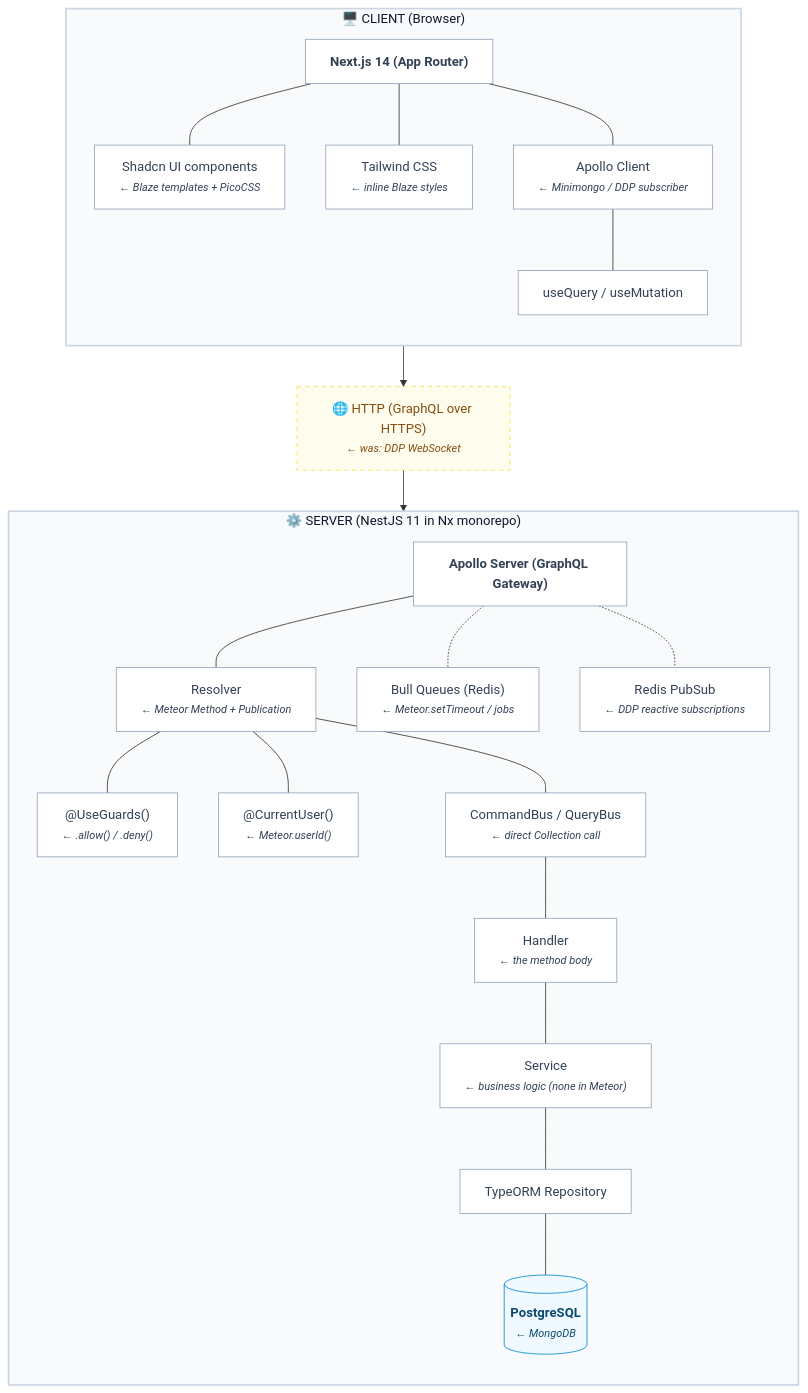
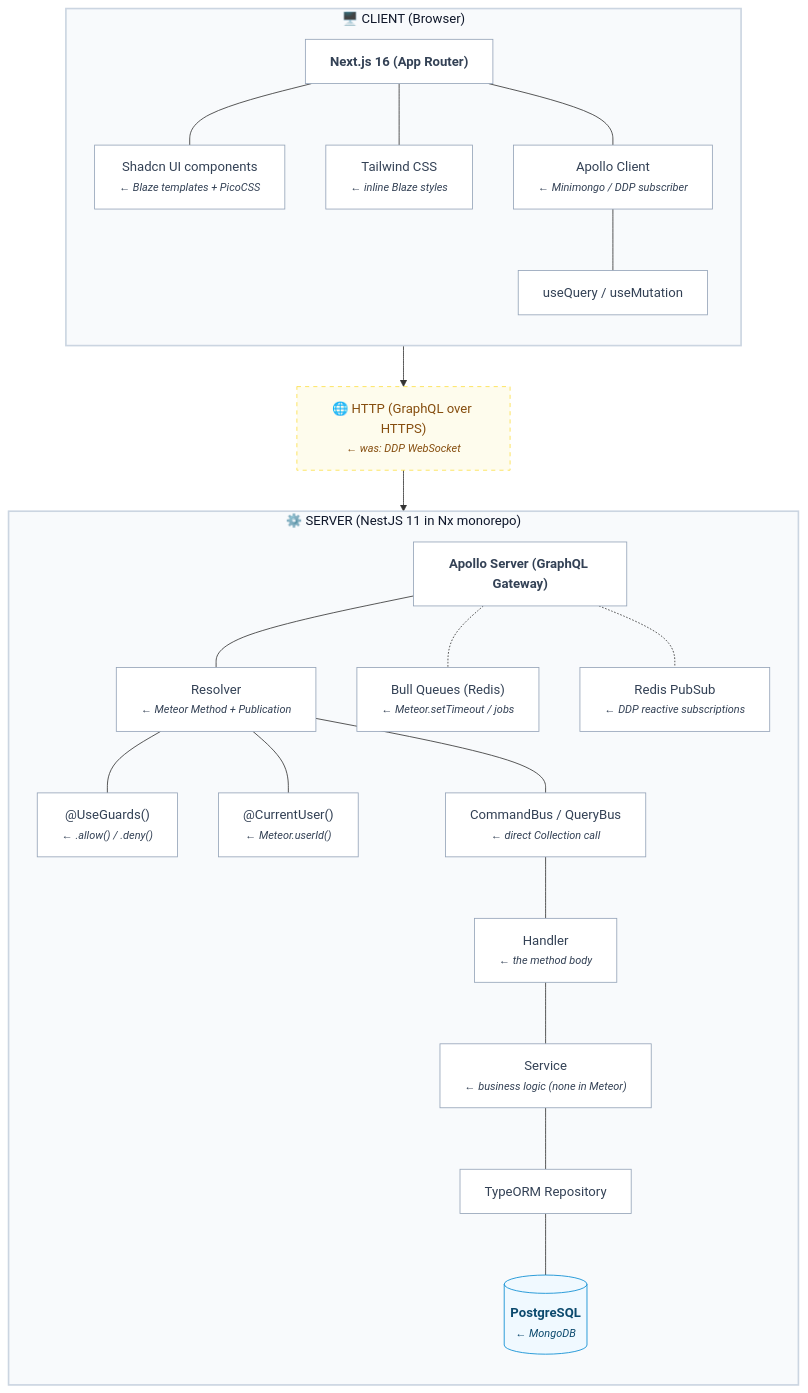
The diagram in src/content/posts/6101-meteor-to-nestjs-enterprise.md (kafechew/ilearn), drawn with Mermaid before and after one commit.

````diff
--- a/src/content/posts/6101-meteor-to-nestjs-enterprise.md
+++ b/src/content/posts/6101-meteor-to-nestjs-enterprise.md
@@ -88,60 +88,60 @@
 ```mermaid
 flowchart TD
     %% Styling
     classDef main fill:#f8fafc,stroke:#cbd5e1,stroke-width:2px,color:#0f172a
     classDef component fill:#ffffff,stroke:#94a3b8,stroke-width:1px,color:#334155
     classDef db fill:#f0f9ff,stroke:#0288d1,stroke-width:1px,color:#0c4a6e
     classDef note fill:#fefced,stroke:#fde047,stroke-width:1px,color:#854d0e,stroke-dasharray: 5 5
 
     subgraph Client ["🖥️ CLIENT (Browser)"]
         direction TB
-        Next["<b>Next.js 14 (App Router)</b>"]:::component
+        Next["<b>Next.js 16 (App Router)</b>"]:::component
         Shadcn["Shadcn UI components<br/><small><i>← Blaze templates + PicoCSS</i></small>"]:::component
         Tailwind["Tailwind CSS<br/><small><i>← inline Blaze styles</i></small>"]:::component
         Apollo["Apollo Client<br/><small><i>← Minimongo / DDP subscriber</i></small>"]:::component
         Hooks["useQuery / useMutation"]:::component
 
         Next --- Shadcn
         Next --- Tailwind
         Next --- Apollo
         Apollo --- Hooks
     end
 
     %% Network Layer
     Network["🌐 HTTP (GraphQL over HTTPS)<br/><small><i>← was: DDP WebSocket</i></small>"]:::note
 
     subgraph Server ["⚙️ SERVER (NestJS 11 in Nx monorepo)"]
         direction TB
         Gateway["<b>Apollo Server (GraphQL Gateway)</b>"]:::component
         Resolver["Resolver<br/><small><i>← Meteor Method + Publication</i></small>"]:::component
         Guards["@UseGuards()<br/><small><i>← .allow() / .deny()</i></small>"]:::component
         User["@CurrentUser()<br/><small><i>← Meteor.userId()</i></small>"]:::component
         Bus["CommandBus / QueryBus<br/><small><i>← direct Collection call</i></small>"]:::component
         Handler["Handler<br/><small><i>← the method body</i></small>"]:::component
         Service["Service<br/><small><i>← business logic (none in Meteor)</i></small>"]:::component
         Repo["TypeORM Repository"]:::component
         DB[("<b>PostgreSQL</b><br/><small><i>← MongoDB</i></small>")]:::db
 
         Bull["Bull Queues (Redis)<br/><small><i>← Meteor.setTimeout / jobs</i></small>"]:::component
         PubSub["Redis PubSub<br/><small><i>← DDP reactive subscriptions</i></small>"]:::component
 
         Gateway --- Resolver
         Resolver --- Guards
         Resolver --- User
         Resolver --- Bus
         Bus --- Handler
         Handler --- Service
         Service --- Repo
         Repo --- DB
         
         %% Keeping side tools visually separated but inside the Server boundary
         Gateway -.- Bull
         Gateway -.- PubSub
     end
 
     %% Flow connections
     Hooks --> Network
     Network --> Gateway
 
     class Client,Server main
 ```
````
